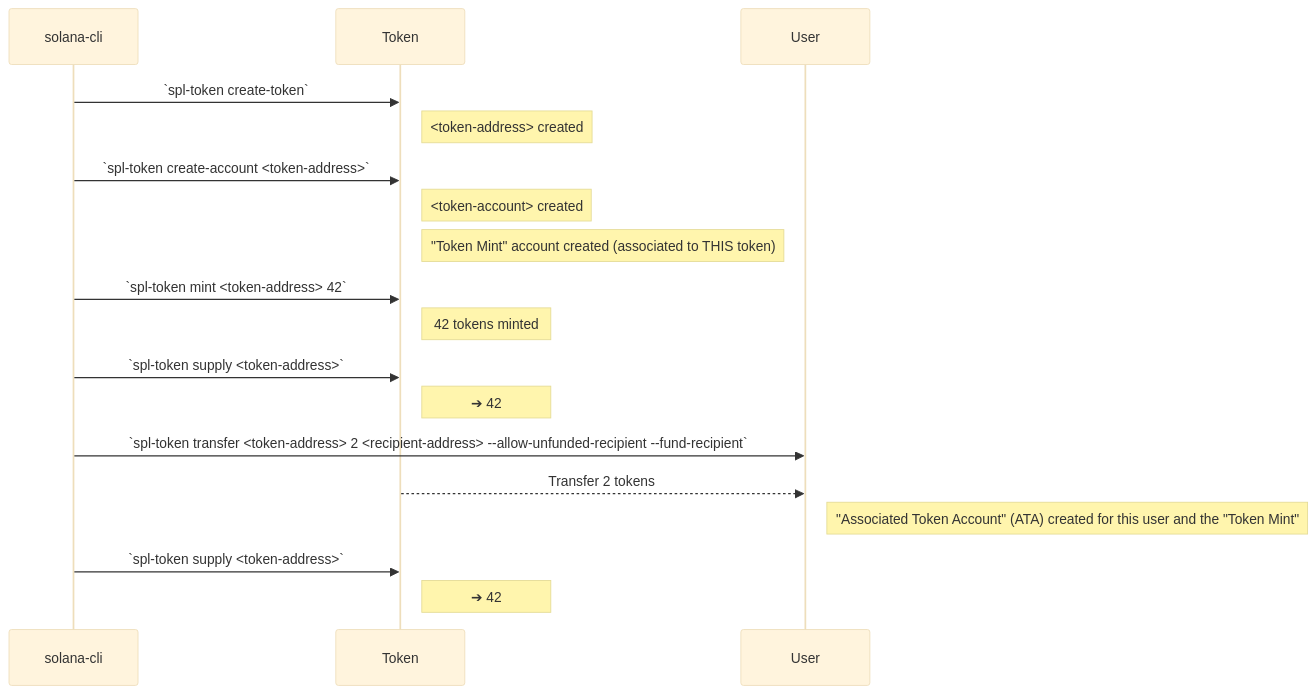
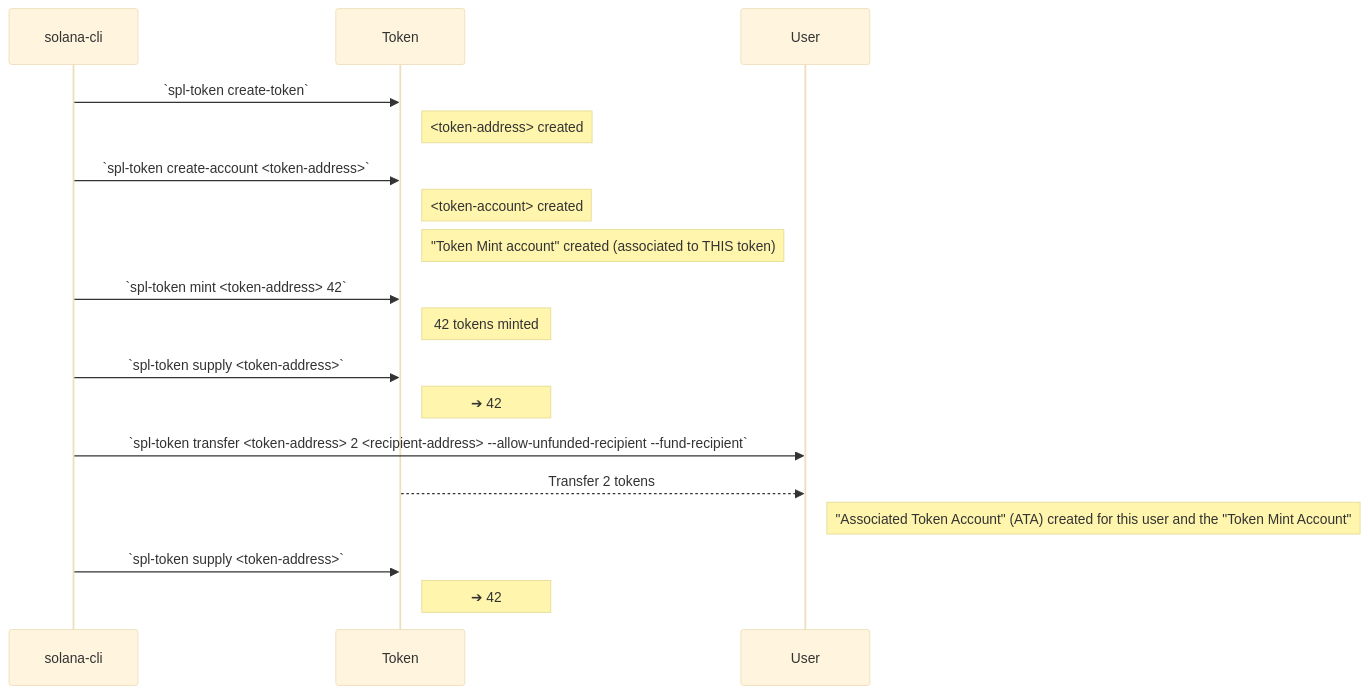
One commit to Laugharne/solana_calyptus changed the first of 2 diagrams in playground/02 - Creating You First Token/06 - Creating Your First Token.md. Above: the diagram before and after it, drawn with Mermaid (base theme). The commit also changed other lines of this file and 3 other files, not shown here.

````diff
--- a/playground/02 - Creating You First Token/06 - Creating Your First Token.md
+++ b/playground/02 - Creating You First Token/06 - Creating Your First Token.md
@@ -35,18 +36,18 @@
 ```mermaid
 sequenceDiagram
     solana-cli->>Token: `spl-token create-token`
     Note right of Token: <token-address> created
     solana-cli->>Token: `spl-token create-account <token-address>`
     Note right of Token: <token-account> created
-    Note right of Token: "Token Mint" account created (associated to THIS token)
+    Note right of Token: "Token Mint account" created (associated to THIS token)
     solana-cli->>Token: `spl-token mint <token-address> 42`
     Note right of Token: 42 tokens minted
     solana-cli->>Token: `spl-token supply <token-address>`
     Note right of Token: ➔ 42
     solana-cli->>User: `spl-token transfer <token-address> 2 <recipient-address> --allow-unfunded-recipient --fund-recipient`
     Token-->>User: Transfer 2 tokens
-    Note right of User: "Associated Token Account" (ATA) created for this user and the "Token Mint"
+    Note right of User: "Associated Token Account" (ATA) created for this user and the "Token Mint Account"
     solana-cli->>Token: `spl-token supply <token-address>`
     Note right of Token: ➔ 42
 
 ```
````
